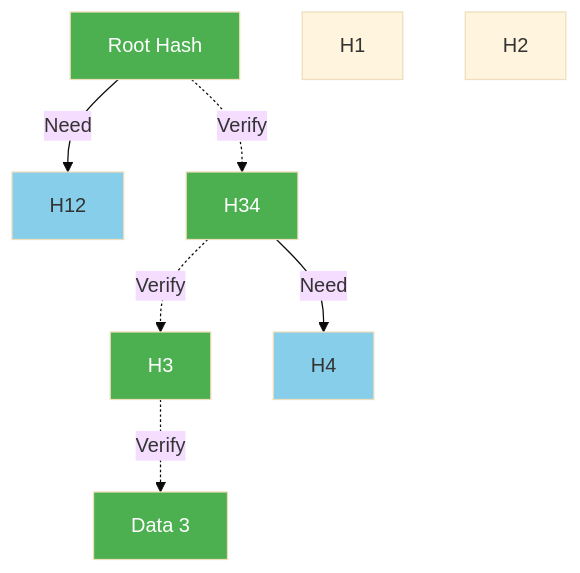
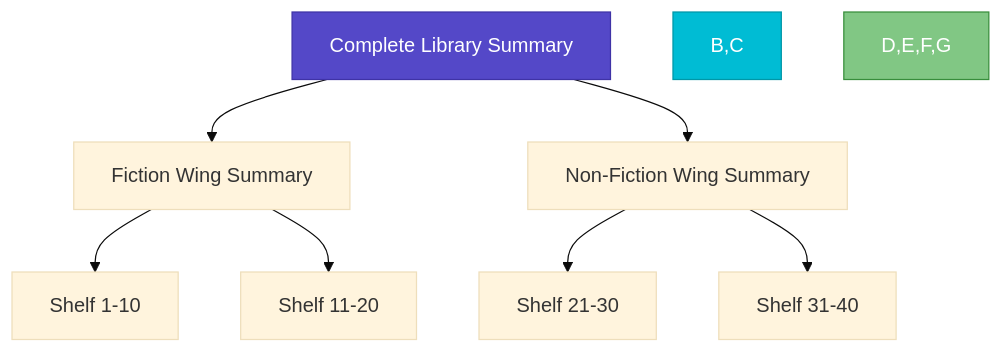
Before and after one commit to deepaucksharma/DStudio: the first of 6 diagrams in docs/pattern-library/data-management/merkle-trees.md, drawn with Mermaid (base theme). The commit also changed other lines of this file and 23 other files, not shown here.

````diff
--- a/docs/pattern-library/data-management/merkle-trees.md
+++ b/docs/pattern-library/data-management/merkle-trees.md
@@ -176,25 +85,13 @@
 ```mermaid
 graph TD
- Root[Root Hash]
- H12[H12]
- H34[H34]
- H1[H1]
- H2[H2]
- H3[H3]
- H4[H4]
- Target[Data 3]
- 
- Root -.->|Verify| H34
- H34 -.->|Verify| H3
- H3 -.->|Verify| Target
- 
- H34 -->|Need| H4
- Root -->|Need| H12
- 
- style Target fill:#4CAF50,color:#fff
- style H3 fill:#4CAF50,color:#fff
- style H34 fill:#4CAF50,color:#fff
- style Root fill:#4CAF50,color:#fff
- style H4 fill:#87CEEB
- style H12 fill:#87CEEB
+    A[Complete Library Summary] --> B[Fiction Wing Summary]
+    A --> C[Non-Fiction Wing Summary]
+    B --> D[Shelf 1-10]
+    B --> E[Shelf 11-20]
+    C --> F[Shelf 21-30]
+    C --> G[Shelf 31-40]
+    
+    style A fill:#5448C8,stroke:#3f33a6,color:#fff
+    style B,C fill:#00BCD4,stroke:#0097a7,color:#fff
+    style D,E,F,G fill:#81c784,stroke:#388e3c,color:#fff
 ```
````
